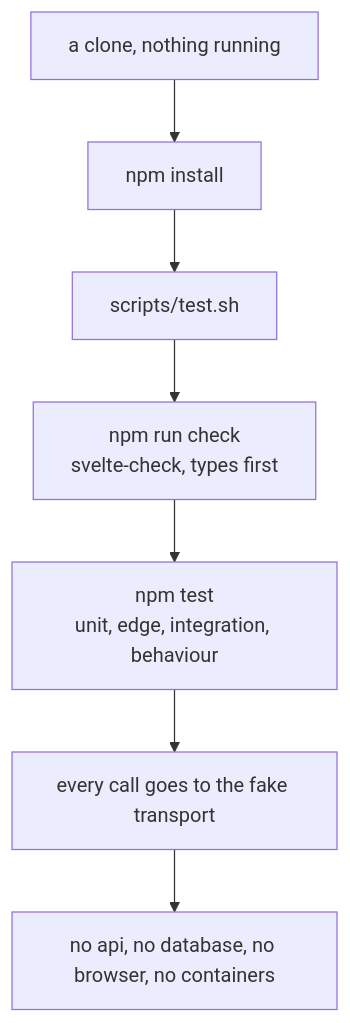
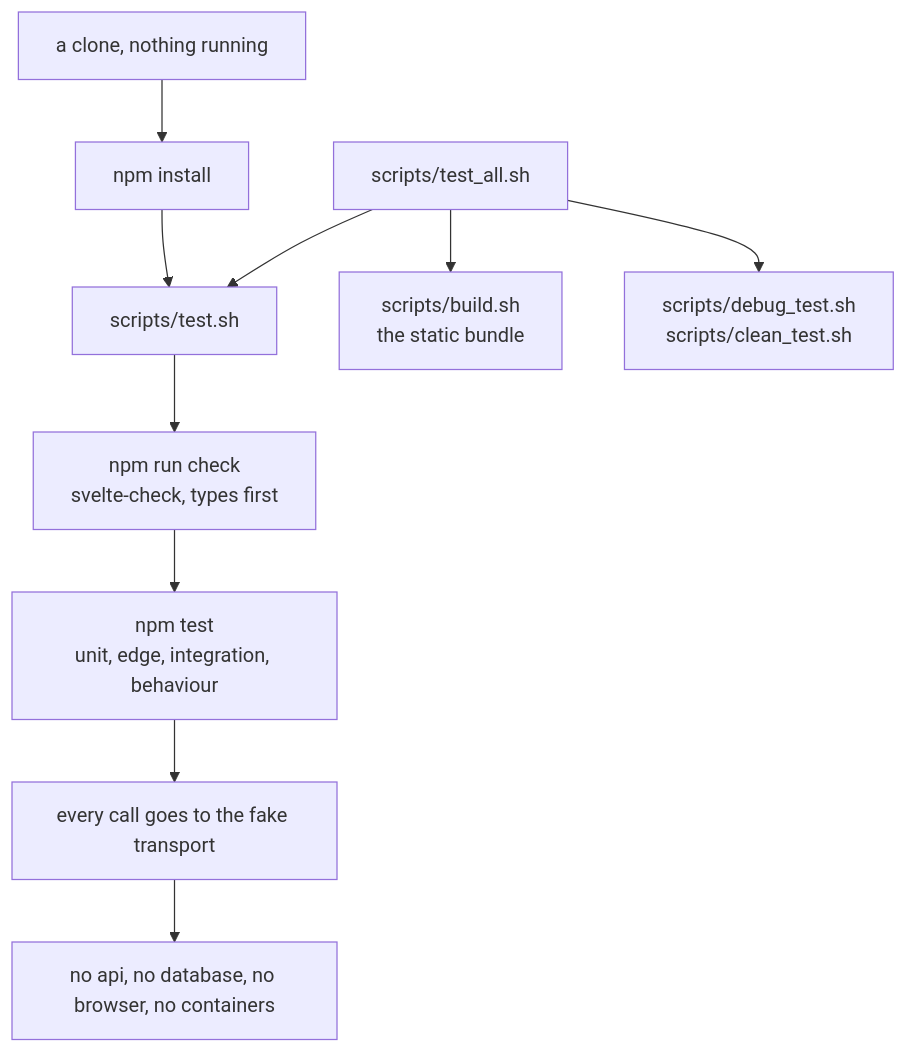
The first of 18 diagrams in frontend/tests-and-diagram.md (prothegee/ottodot-trial-booking_seat), drawn with Mermaid before and after one commit. The commit also changed other lines of this file, not shown here.

Commit message:
add a numbered reading under each diagram

````diff
--- a/frontend/tests-and-diagram.md
+++ b/frontend/tests-and-diagram.md
@@ -14,9 +14,13 @@
 ```mermaid
 flowchart TD
     dev["a clone, nothing running"] --> install["npm install"]
     install --> script["scripts/test.sh"]
     script --> types["npm run check<br/>svelte-check, types first"]
     types --> tiers["npm test<br/>unit, edge, integration, behaviour"]
     tiers --> fake["every call goes to the fake transport"]
     fake --> none["no api, no database, no browser, no containers"]
+
+    every["scripts/test_all.sh"] --> script
+    every --> bundle["scripts/build.sh<br/>the static bundle"]
+    every --> guards["scripts/debug_test.sh<br/>scripts/clean_test.sh"]
 ```
````
